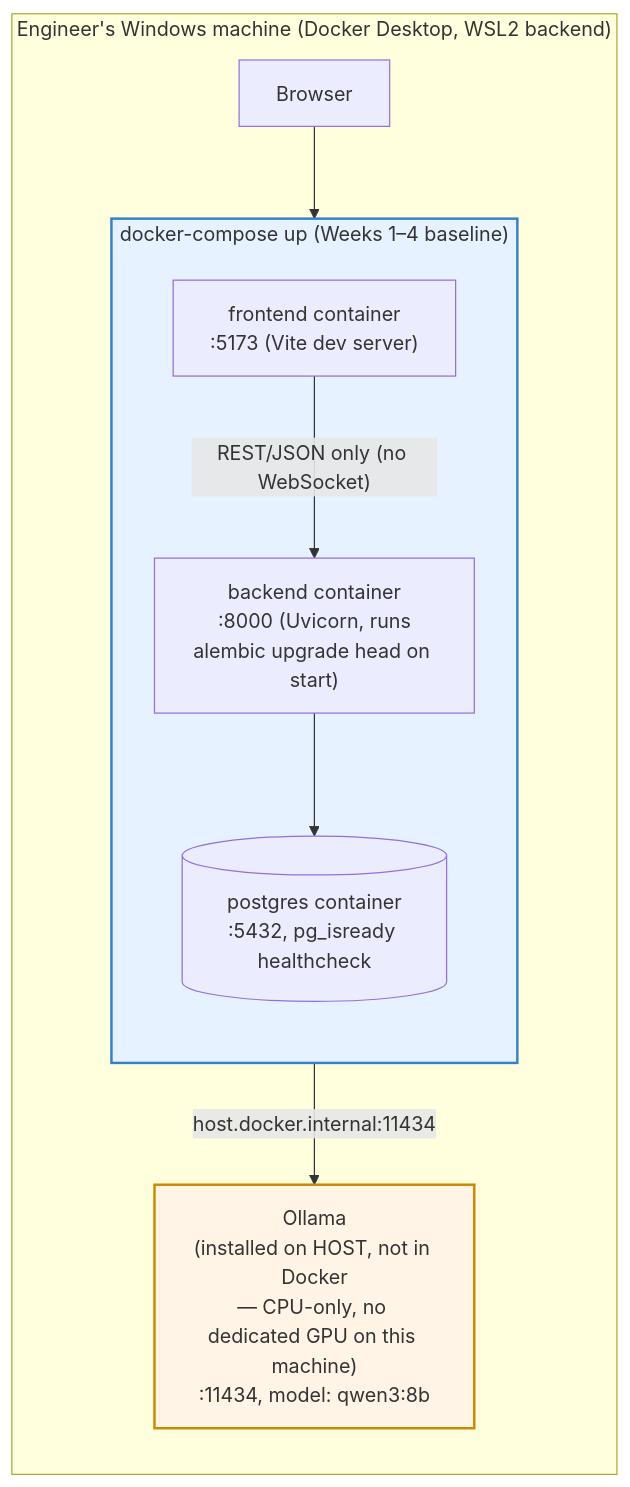
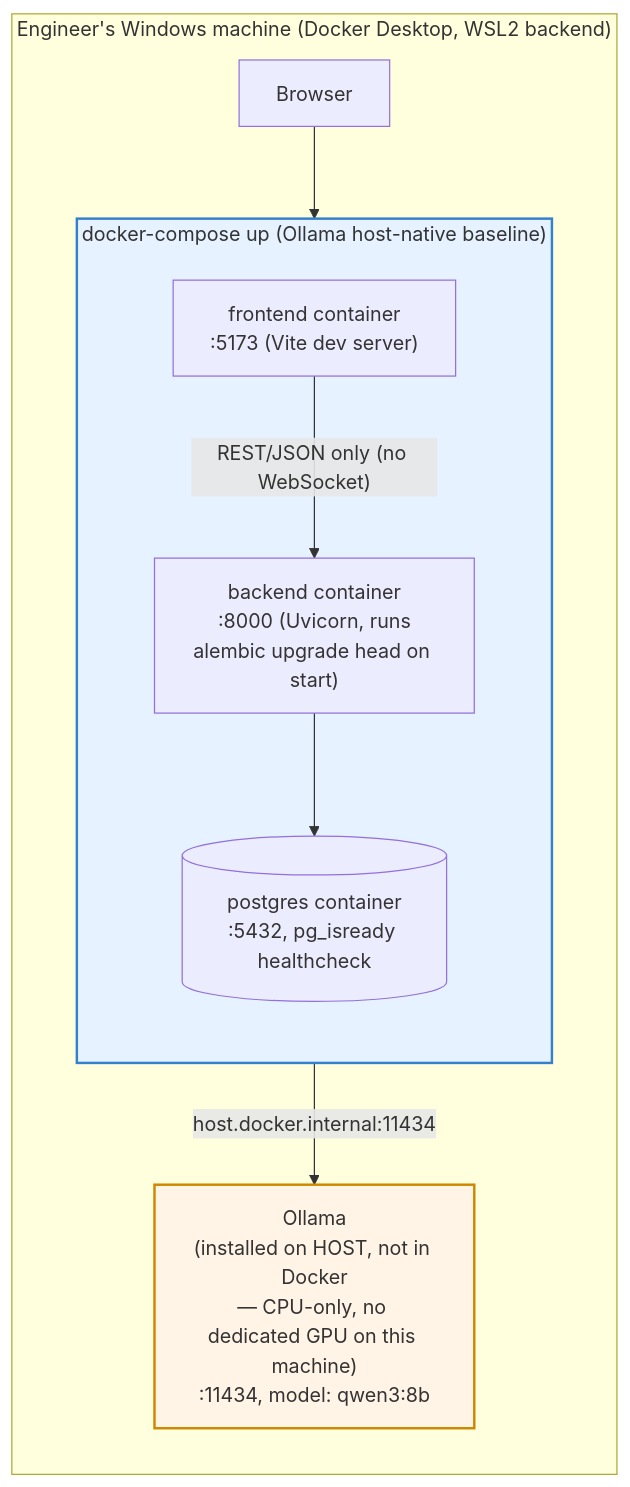
The second of 2 diagrams in docs/diagrams/6.5-deployment-topology.md (ZemaKing/secure-ship-ai), drawn with Mermaid before and after one commit. The commit also changed other lines of this file and 32 other files, not shown here.

````diff
--- a/docs/diagrams/6.5-deployment-topology.md
+++ b/docs/diagrams/6.5-deployment-topology.md
@@ -35,24 +35,24 @@
 ```mermaid
 flowchart LR
     subgraph DevMachine["Engineer's Windows machine (Docker Desktop, WSL2 backend)"]
         direction TB
 
-        subgraph Compose["docker-compose up (Weeks 1–4 baseline)"]
+        subgraph Compose["docker-compose up (Ollama host-native baseline)"]
             direction TB
             ReactC["frontend container<br/>:5173 (Vite dev server)"]
             PyC["backend container<br/>:8000 (Uvicorn, runs<br/>alembic upgrade head on start)"]
             PgC[("postgres container<br/>:5432, pg_isready healthcheck")]
         end
 
         Browser[Browser]
         OllamaHost["Ollama<br/>(installed on HOST, not in Docker<br/>— CPU-only, no dedicated GPU on this machine)<br/>:11434, model: qwen3:8b"]
     end
 
     Browser --> ReactC
     ReactC -->|"REST/JSON only (no WebSocket)"| PyC
     PyC -->|"host.docker.internal:11434"| OllamaHost
     PyC --> PgC
 
     style Compose fill:#e6f2ff,stroke:#3380cc,stroke-width:2px
     style OllamaHost fill:#fff4e6,stroke:#cc8800,stroke-width:2px
 ```
````
